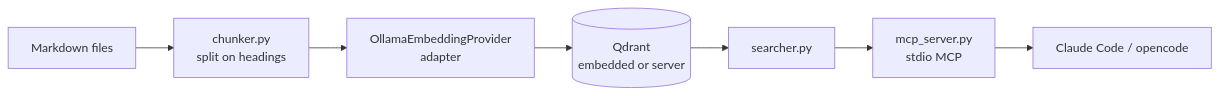
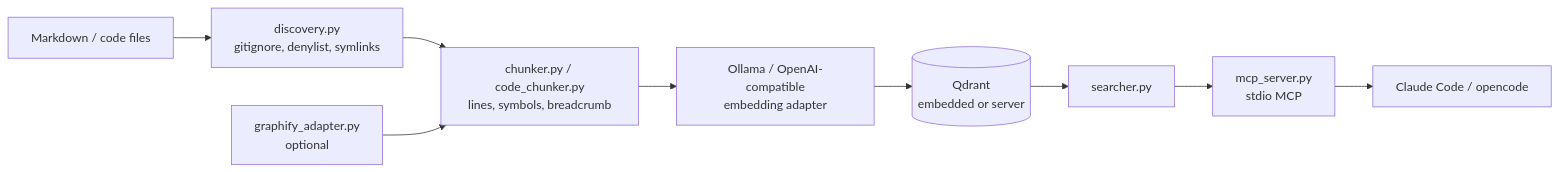
Before and after one commit to goriok/recall: the diagram in README.md, drawn with Mermaid. The commit also changed other lines of this file and 4 other files, not shown here.

````diff
--- a/README.md
+++ b/README.md
@@ -75,9 +94,11 @@
 ```mermaid
 graph LR
-    A[Markdown files] --> B[chunker.py<br/>split on headings]
-    B --> C[OllamaEmbeddingProvider<br/>adapter]
+    A[Markdown / code files] --> A2[discovery.py<br/>gitignore, denylist, symlinks]
+    A2 --> B[chunker.py / code_chunker.py<br/>lines, symbols, breadcrumb]
+    G2[graphify_adapter.py<br/>optional] --> B
+    B --> C[Ollama / OpenAI-compatible<br/>embedding adapter]
     C --> D[(Qdrant<br/>embedded or server)]
     D --> E[searcher.py]
     E --> F[mcp_server.py<br/>stdio MCP]
     F --> G[Claude Code / opencode]
 ```
````
